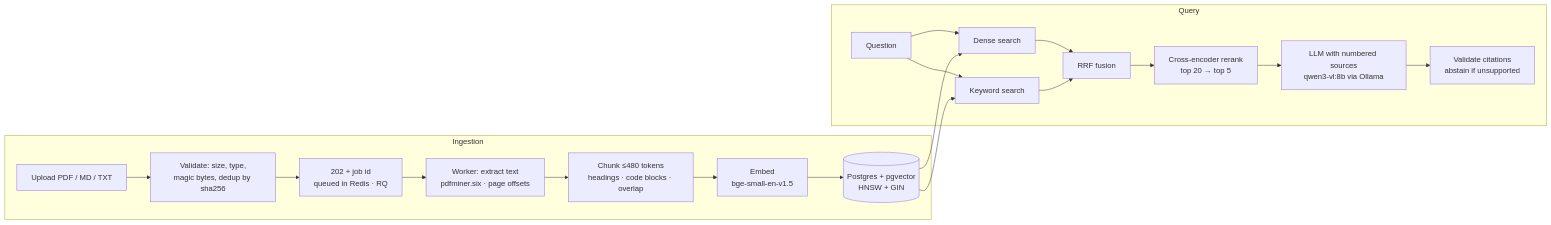
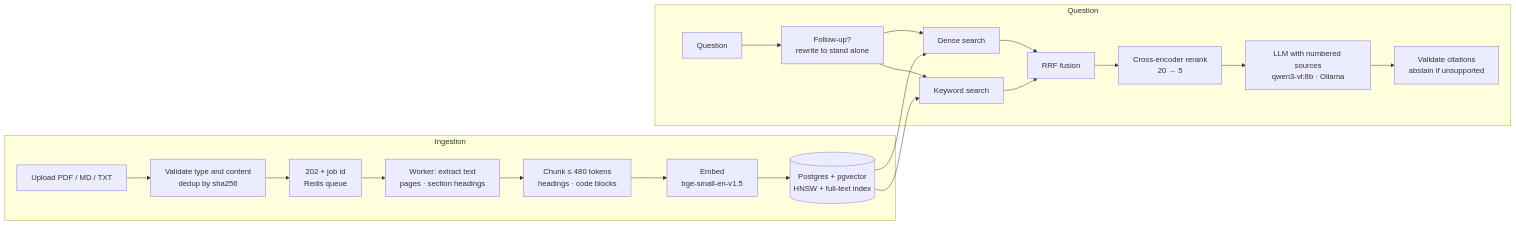
The diagram in README.md (shahriarkabir280/evidrix), drawn with Mermaid before and after one commit. The commit also changed other lines of this file and 3 other files, not shown here.

````diff
--- a/README.md
+++ b/README.md
@@ -82,22 +81,23 @@
 ```mermaid
 flowchart LR
     subgraph Ingestion
-        U[Upload PDF / MD / TXT] --> V[Validate: size, type,<br/>magic bytes, dedup by sha256]
-        V --> J[202 + job id<br/>queued in Redis · RQ]
-        J --> X[Worker: extract text<br/>pdfminer.six · page offsets]
-        X --> C[Chunk ≤480 tokens<br/>headings · code blocks · overlap]
+        U[Upload PDF / MD / TXT] --> V[Validate type and content<br/>dedup by sha256]
+        V --> J[202 + job id<br/>Redis queue]
+        J --> X[Worker: extract text<br/>pages · section headings]
+        X --> C[Chunk ≤ 480 tokens<br/>headings · code blocks]
         C --> E[Embed<br/>bge-small-en-v1.5]
-        E --> DB[(Postgres + pgvector<br/>HNSW + GIN)]
+        E --> DB[(Postgres + pgvector<br/>HNSW + full-text index)]
     end
-    subgraph Query
-        Q[Question] --> D[Dense search]
-        Q --> K[Keyword search]
+    subgraph Question
+        Q[Question] --> RW[Follow-up?<br/>rewrite to stand alone]
+        RW --> D[Dense search]
+        RW --> K[Keyword search]
         D --> F[RRF fusion]
         K --> F
-        F --> R[Cross-encoder rerank<br/>top 20 → top 5]
-        R --> G[LLM with numbered sources<br/>qwen3-vl:8b via Ollama]
+        F --> R[Cross-encoder rerank<br/>20 → 5]
+        R --> G[LLM with numbered sources<br/>qwen3-vl:8b · Ollama]
         G --> CV[Validate citations<br/>abstain if unsupported]
     end
     DB --> D
     DB --> K
 ```
````
